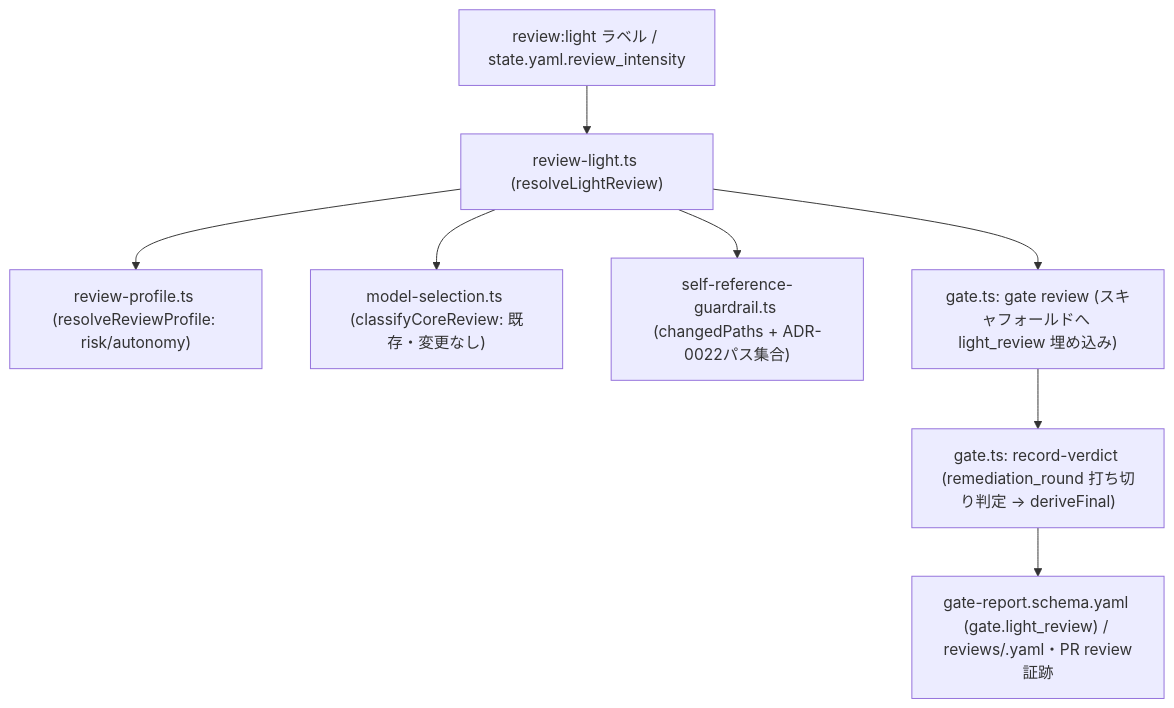
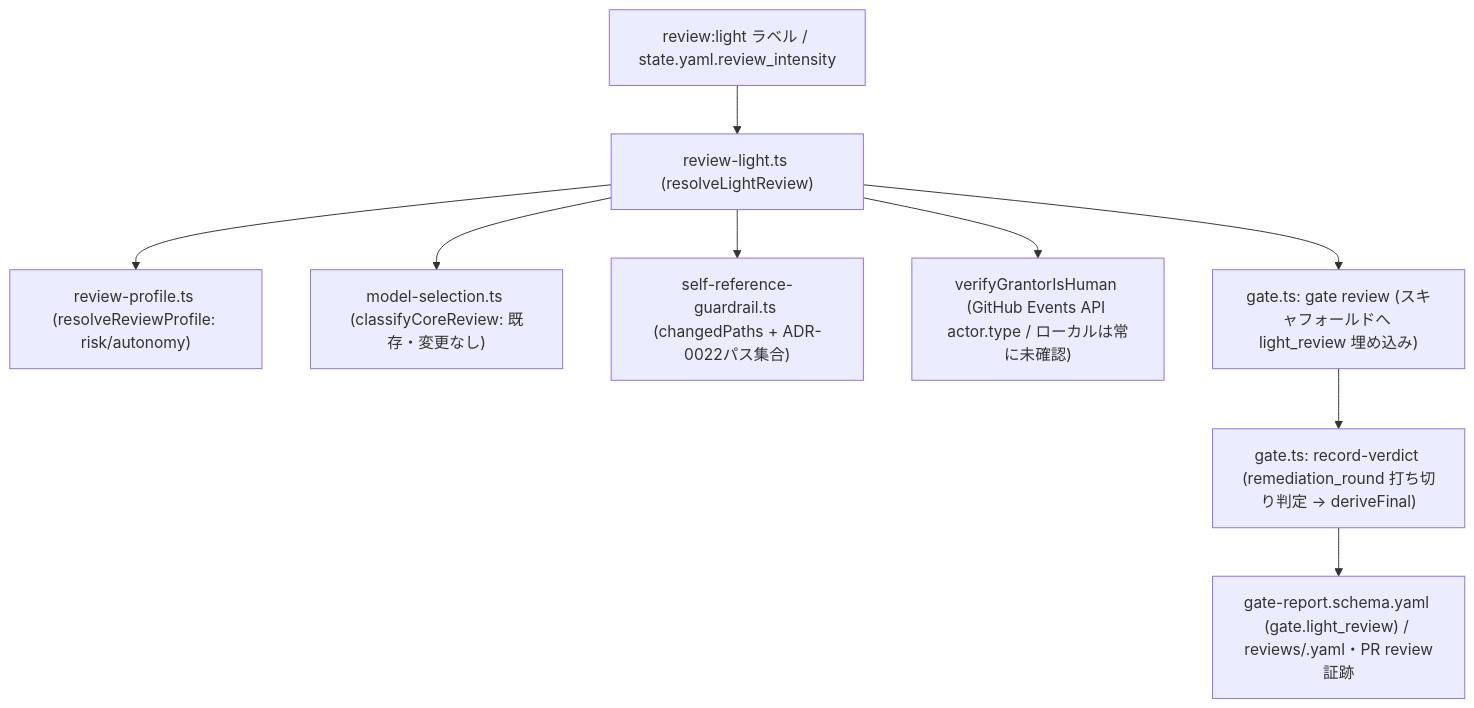
Before and after one commit to techbeansjp-free/AGENTS.md: the diagram in DESIGN.md, drawn with Mermaid. The commit also changed other lines of this file and 2 other files, not shown here.

````diff
--- a/DESIGN.md
+++ b/DESIGN.md
@@ -40,10 +40,11 @@
 ```mermaid
 graph TD
   Signal["review:light ラベル / state.yaml.review_intensity"] --> RL["review-light.ts (resolveLightReview)"]
   RL --> RP["review-profile.ts (resolveReviewProfile: risk/autonomy)"]
   RL --> MS["model-selection.ts (classifyCoreReview: 既存・変更なし)"]
   RL --> GR["self-reference-guardrail.ts (changedPaths + ADR-0022パス集合)"]
+  RL --> Grantor["verifyGrantorIsHuman (GitHub Events API actor.type / ローカルは常に未確認)"]
   RL --> GateReview["gate.ts: gate review (スキャフォールドへ light_review 埋め込み)"]
   GateReview --> RecordVerdict["gate.ts: record-verdict (remediation_round 打ち切り判定 → deriveFinal)"]
   RecordVerdict --> Report["gate-report.schema.yaml (gate.light_review) / reviews/<gate>.yaml・PR review証跡"]
 ```
````
